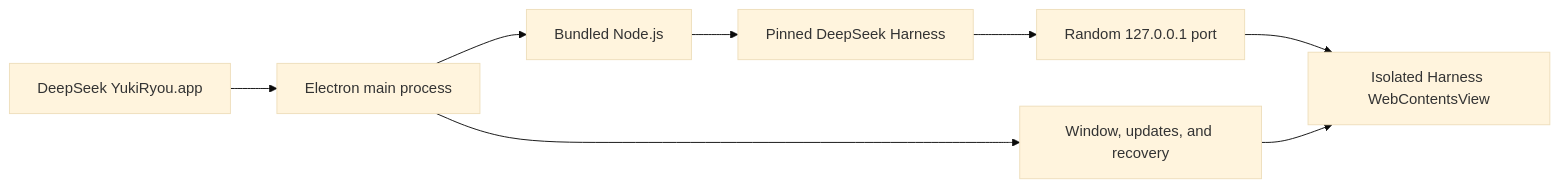
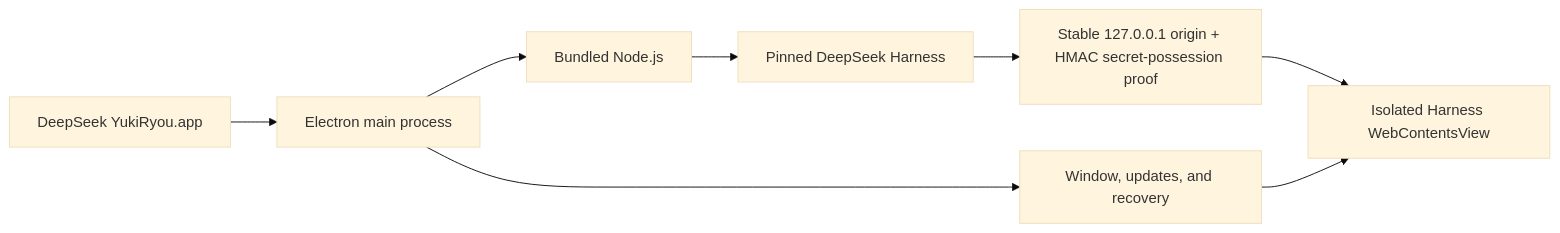
One commit to yoshino-xiao7/deepseek-harness-desktop-yukiryou changed the diagram in README_EN.md. Above: the diagram before and after it, drawn with Mermaid (base theme). The commit also changed other lines of this file and 61 other files, not shown here.

```diff
--- a/README_EN.md
+++ b/README_EN.md
@@ -110,10 +110,10 @@
 ~~~mermaid
 flowchart LR
     A["DeepSeek YukiRyou.app"] --> B["Electron main process"]
     B --> C["Bundled Node.js"]
     C --> D["Pinned DeepSeek Harness"]
-    D --> E["Random 127.0.0.1 port"]
+    D --> E["Stable 127.0.0.1 origin + HMAC secret-possession proof"]
     E --> F["Isolated Harness WebContentsView"]
     B --> G["Window, updates, and recovery"]
     G --> F
 ~~~
```
